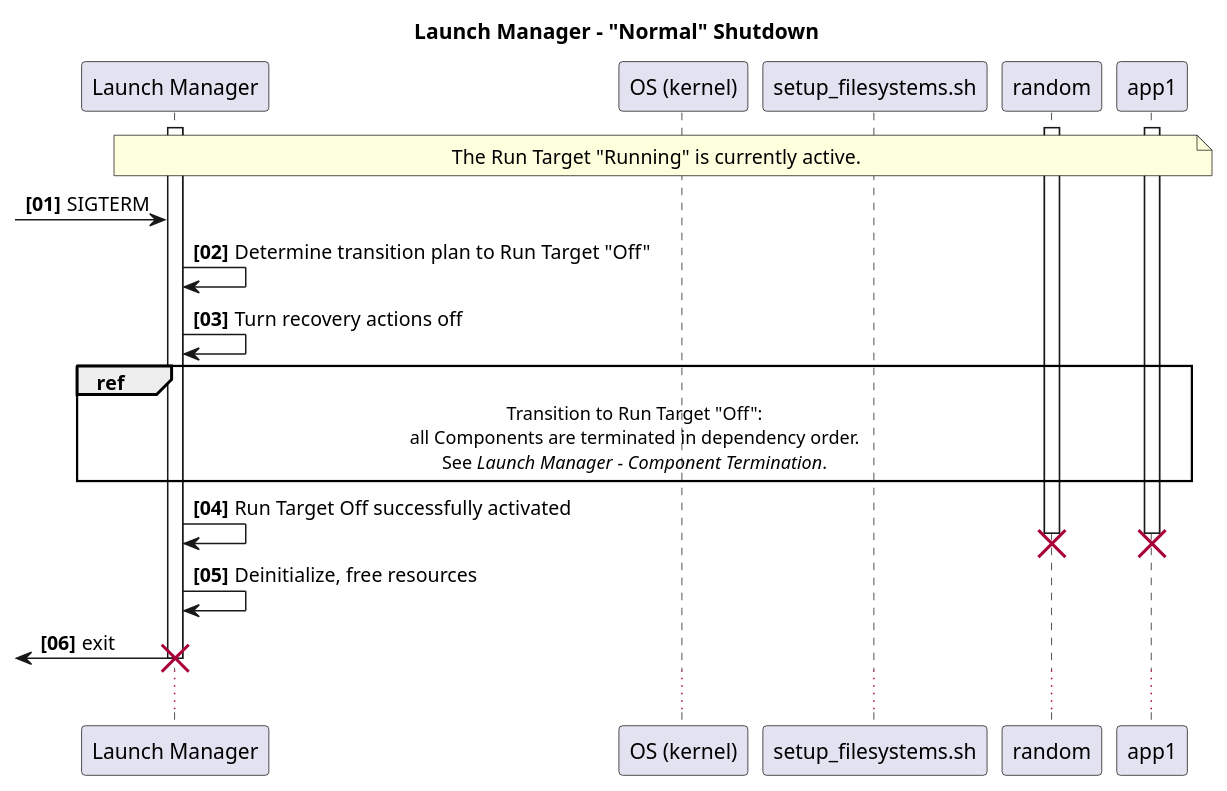
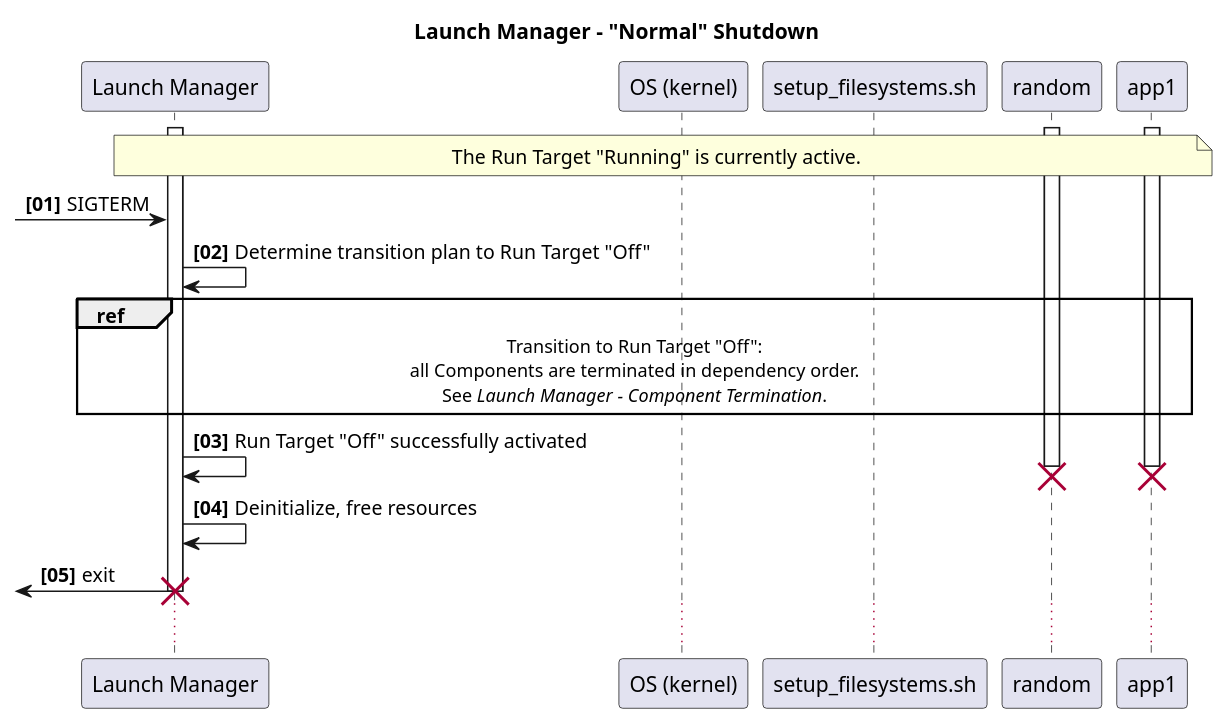
Before and after one commit to eclipse-score/lifecycle: the diagram in docs/features/lifecycle/architecture/_assets/launch_manager_shutdown.puml, drawn with PlantUML.

Commit message:
Simplify shutdown diagram

```diff
--- a/docs/features/lifecycle/architecture/_assets/launch_manager_shutdown.puml
+++ b/docs/features/lifecycle/architecture/_assets/launch_manager_shutdown.puml
@@ -14,39 +14,37 @@
 @startuml
 title Launch Manager - "Normal" Shutdown
 
 autonumber "<b>[00]"
 
 participant "Launch Manager" as LM
 participant "OS (kernel)" as kernel
 participant "setup_filesystems.sh" as fs
 participant "random" as ran
 participant "app1" as app1
 
 activate LM
 activate app1
 activate ran
 
 note over LM,app1
 The Run Target "Running" is currently active.
 end note
 
 [-> LM : SIGTERM
 LM -> LM : Determine transition plan to Run Target "Off"
 
-LM -> LM : Turn recovery actions off
-
 ref over LM, app1
   Transition to Run Target "Off":
   all Components are terminated in dependency order.
   See //Launch Manager - Component Termination//.
 end ref
 
-LM -> LM : Run Target Off successfully activated
+LM -> LM : Run Target "Off" successfully activated
 destroy app1
 destroy ran
 
 LM -> LM : Deinitialize, free resources
 [<- LM : exit
 destroy LM
 ...
 @enduml
```
